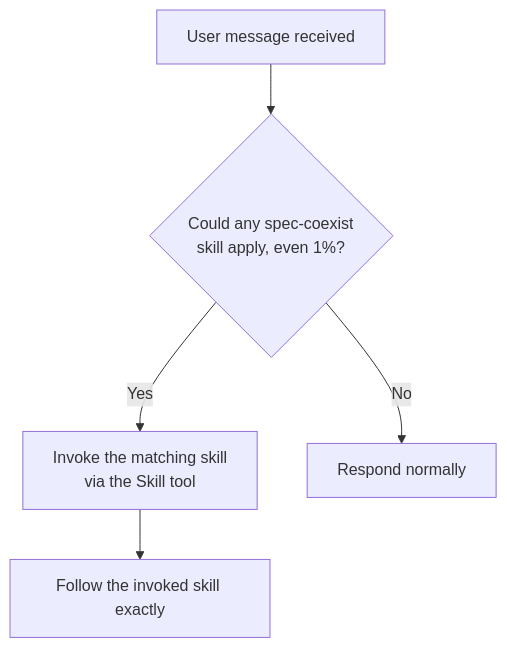
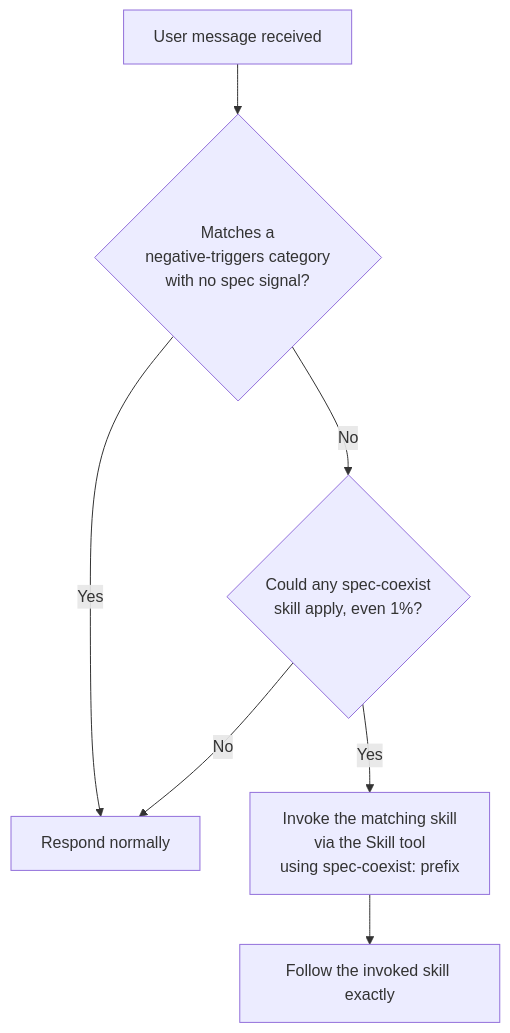
One commit to wintermaples/spec-coexist changed the diagram in .claude/skills/using-spec-coexist/SKILL.md. Above: the diagram before and after it, drawn with Mermaid. The commit also changed other lines of this file and 56 other files, not shown here.

First line of the commit message:
Fill gap from superpowers: add spec-coexist skill suite (#1)

````diff
--- a/.claude/skills/using-spec-coexist/SKILL.md
+++ b/.claude/skills/using-spec-coexist/SKILL.md
@@ -28,7 +38,9 @@
 ```mermaid
 flowchart TD
-    A[User message received] --> B{Could any spec-coexist<br/>skill apply, even 1%?}
-    B -- Yes --> C[Invoke the matching skill<br/>via the Skill tool]
-    B -- No --> D[Respond normally]
+    A[User message received] --> N{Matches a<br/>negative-triggers category<br/>with no spec signal?}
+    N -- Yes --> D[Respond normally]
+    N -- No --> B{Could any spec-coexist<br/>skill apply, even 1%?}
+    B -- Yes --> C[Invoke the matching skill<br/>via the Skill tool<br/>using spec-coexist: prefix]
+    B -- No --> D
     C --> E[Follow the invoked skill exactly]
 ```
````
